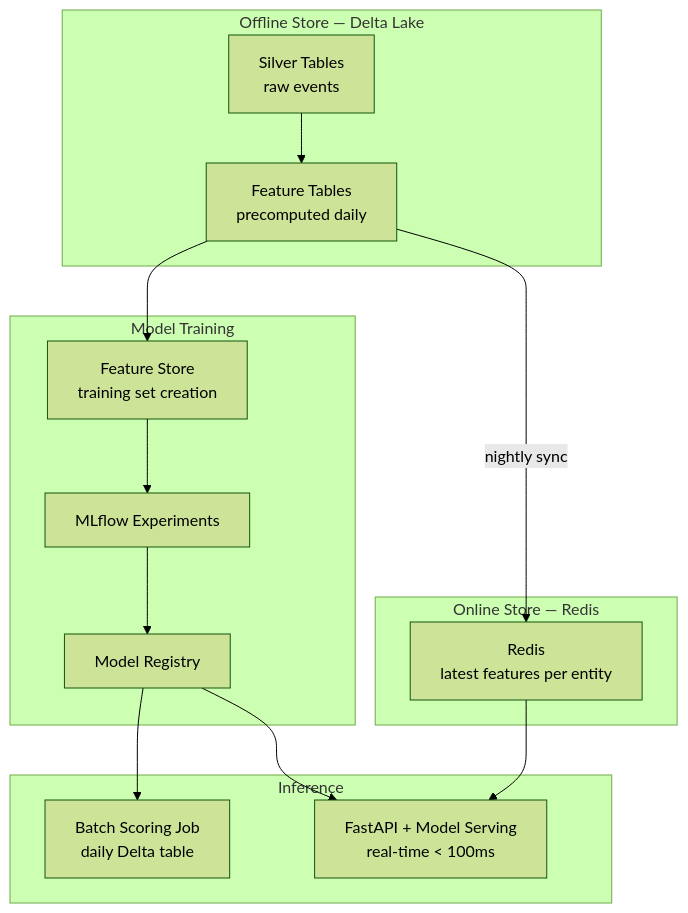
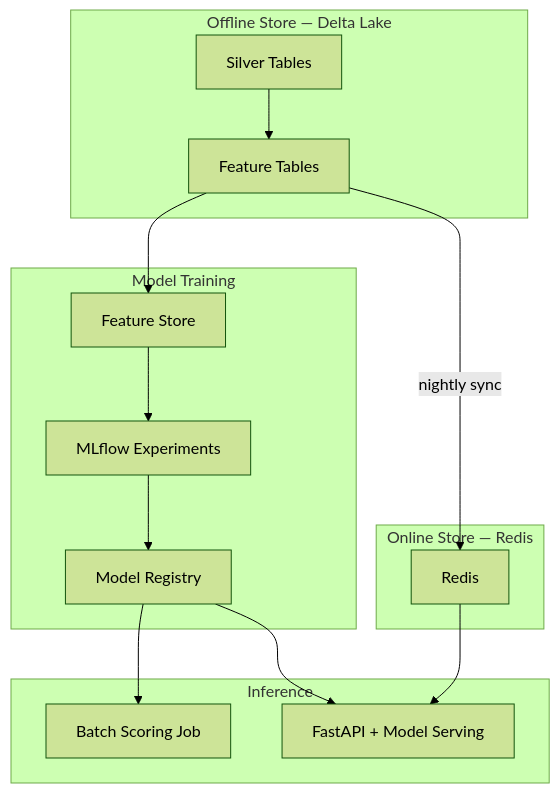
The diagram in 10-scenarios/03-ml-feature-platform.md (gcmishra7/data-engineering-helper), drawn with Mermaid (forest theme) before and after one commit. The commit also changed other lines of this file and 57 other files, not shown here.

First line of the commit message:
Shorten mermaid node labels to fix text truncation on GitHub

````diff
--- a/10-scenarios/03-ml-feature-platform.md
+++ b/10-scenarios/03-ml-feature-platform.md
@@ -10,28 +10,28 @@
 ```mermaid
 graph TD
     subgraph Offline[Offline Store — Delta Lake]
-        SF[Silver Tables<br/>raw events]
-        FT[Feature Tables<br/>precomputed daily]
+        SF[Silver Tables]
+        FT[Feature Tables]
         SF --> FT
     end
 
     subgraph Training[Model Training]
-        FS[Feature Store<br/>training set creation]
+        FS[Feature Store]
         EXP[MLflow Experiments]
         MR[Model Registry]
         FT --> FS --> EXP --> MR
     end
 
     subgraph Online[Online Store — Redis]
-        REDIS[Redis<br/>latest features per entity]
+        REDIS[Redis]
         FT -->|nightly sync| REDIS
     end
 
     subgraph Serving[Inference]
-        BATCH[Batch Scoring Job<br/>daily Delta table]
-        RT[FastAPI + Model Serving<br/>real-time < 100ms]
+        BATCH[Batch Scoring Job]
+        RT[FastAPI + Model Serving]
         MR --> BATCH
         MR --> RT
         REDIS --> RT
     end
 ```
````
